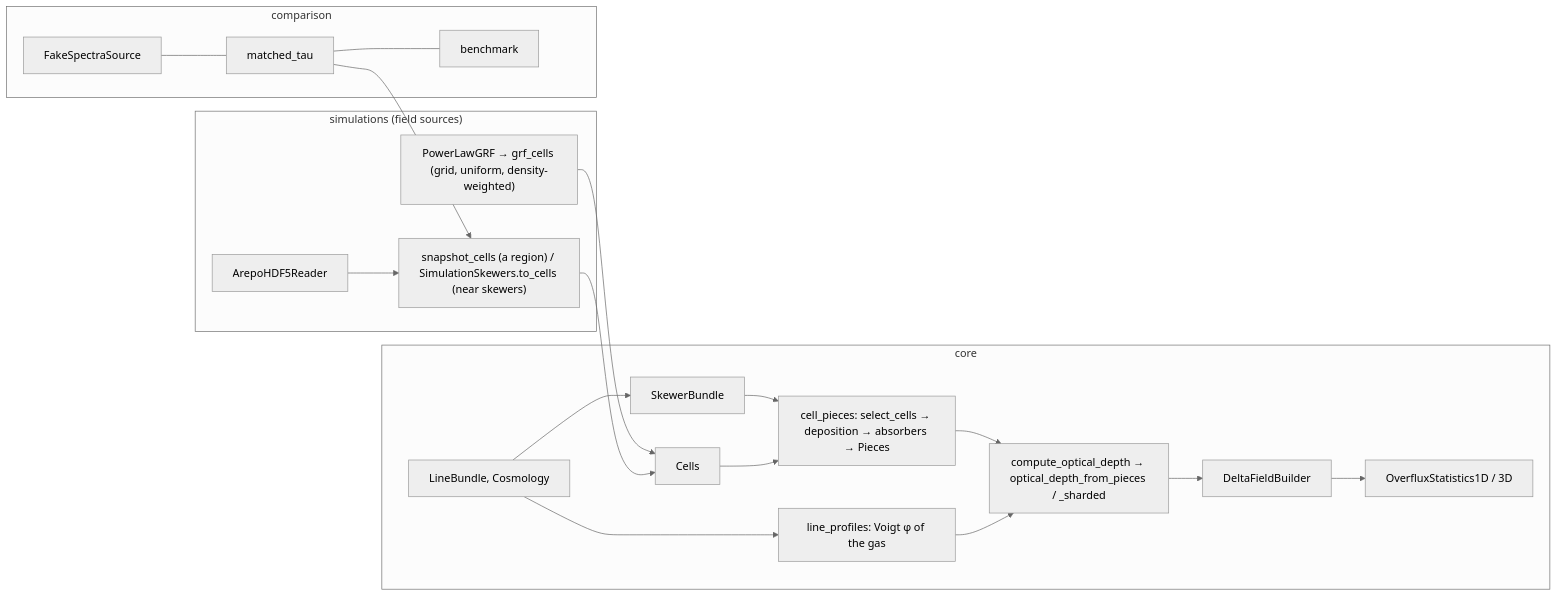
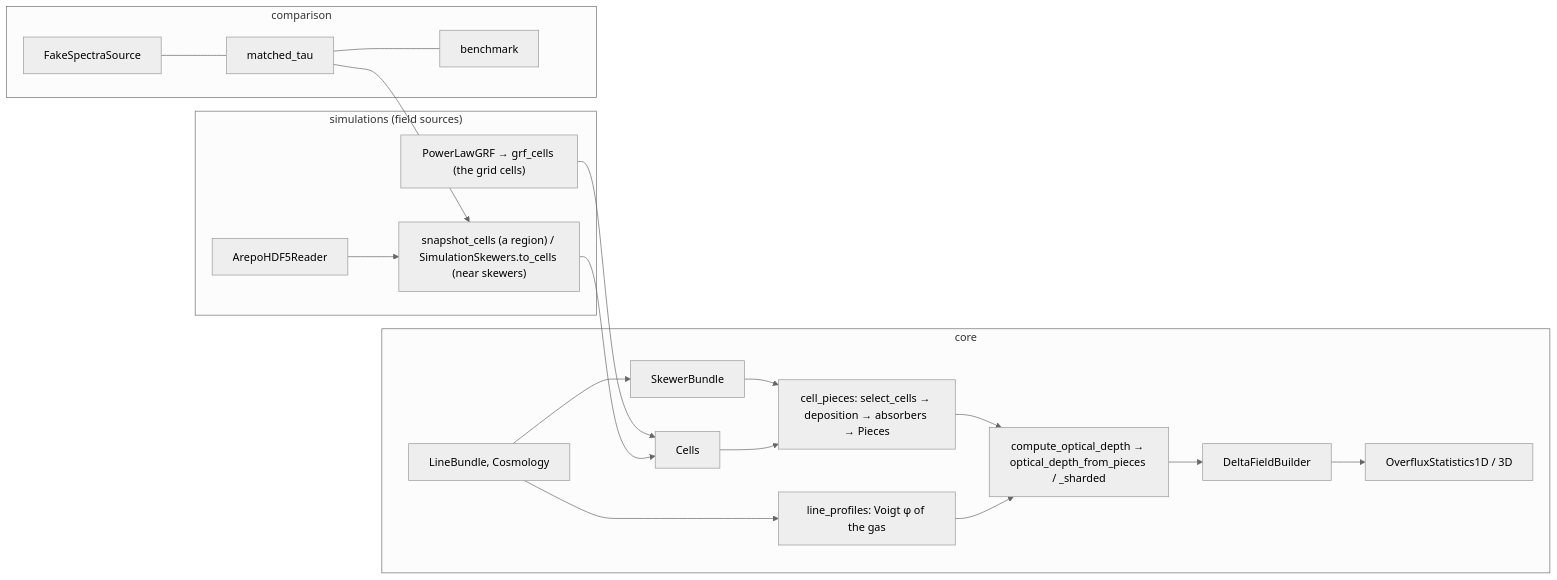
Before and after one commit to daniellopezcano/SkewerJAX: the diagram in docs/usage.md, drawn with Mermaid (neutral theme). The commit also changed other lines of this file and 21 other files, not shown here.

````diff
--- a/docs/usage.md
+++ b/docs/usage.md
@@ -7,22 +7,22 @@
 ```mermaid
 flowchart LR
     subgraph A["core"]
         L[LineBundle, Cosmology] --> S[SkewerBundle]
         S --> LS["cell_pieces: select_cells → deposition → absorbers → Pieces"]
         CE[Cells] --> LS
         L --> LP["line_profiles: Voigt φ of the gas"]
         LS --> T["compute_optical_depth → optical_depth_from_pieces / _sharded"]
         LP --> T
         T --> O[DeltaFieldBuilder] --> ST[OverfluxStatistics1D / 3D]
     end
     subgraph B["simulations (field sources)"]
-        G["PowerLawGRF → grf_cells (grid, uniform, density-weighted)"]
+        G["PowerLawGRF → grf_cells (the grid cells)"]
         R[ArepoHDF5Reader] --> SC["snapshot_cells (a region) / SimulationSkewers.to_cells (near skewers)"]
     end
     subgraph C["comparison"]
         FS[FakeSpectraSource] --- MT[matched_tau] --- BM[benchmark]
     end
     G --> CE
     SC --> CE
     MT --> SC
 ```
````
